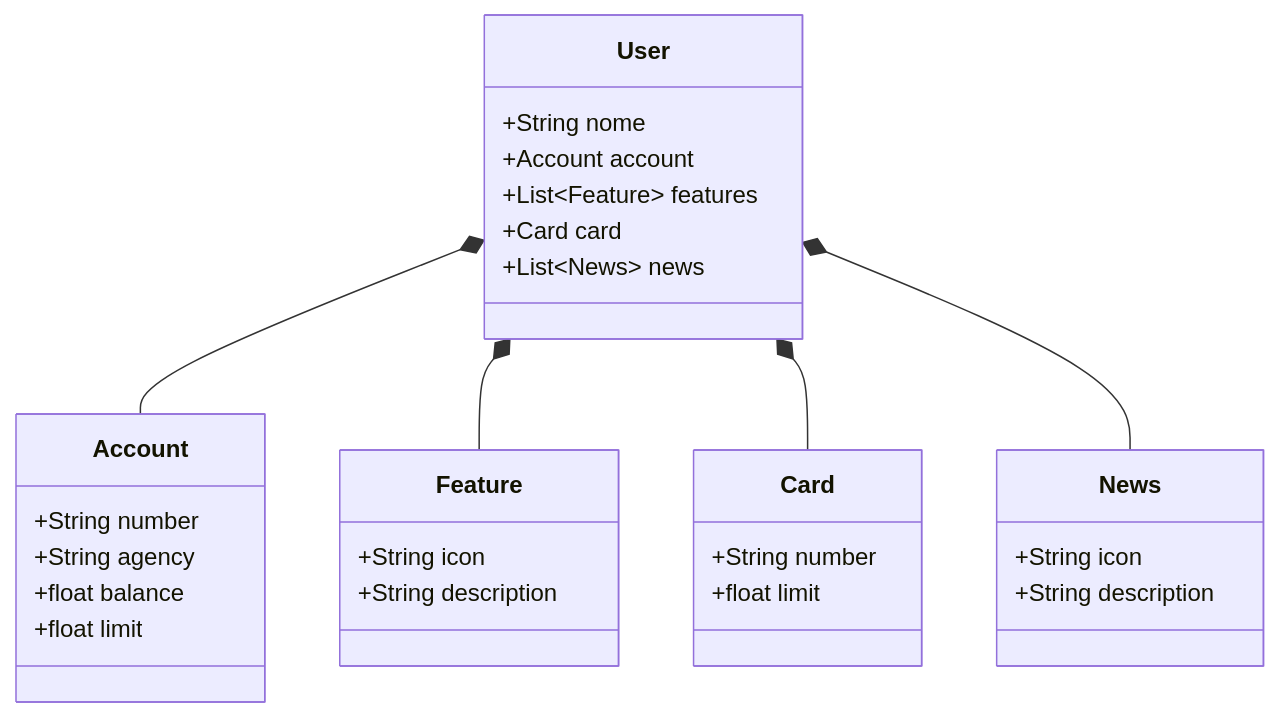
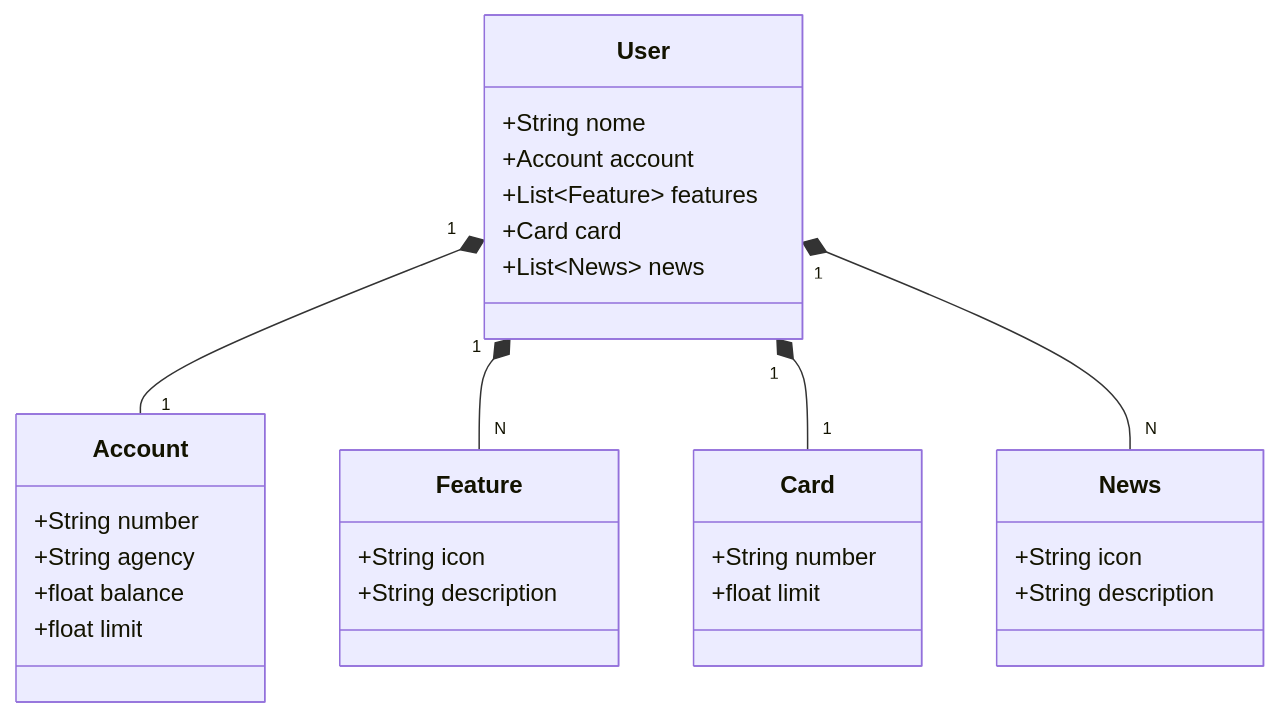
The diagram in README.md (cbobio/dio), drawn with Mermaid before and after one commit.

````diff
--- a/README.md
+++ b/README.md
@@ -5,37 +5,37 @@
 ```mermaid
 classDiagram
     class User {
         +String nome
         +Account account
         +List~Feature~ features
         +Card card
         +List~News~ news
     }
 
     class Account {
         +String number
         +String agency
         +float balance
         +float limit
     }
 
     class Feature {
         +String icon
         +String description
     }
 
     class Card {
         +String number
         +float limit
     }
 
     class News {
         +String icon
         +String description
     }
 
-    User *-- Account
-    User *-- Feature
-    User *-- Card
-    User *-- News
+    User "1" *-- "1" Account
+    User "1" *-- "N" Feature
+    User "1" *-- "1" Card
+    User "1" *-- "N" News
 ```
````
